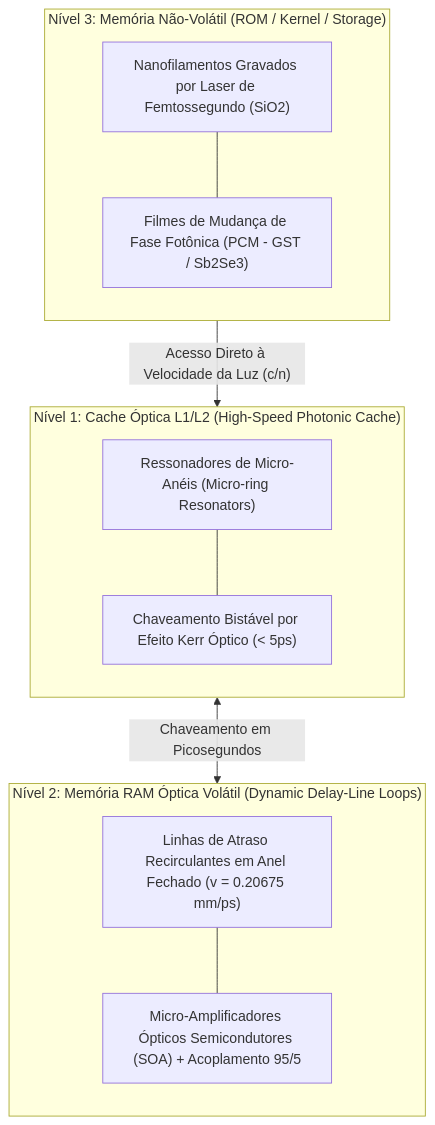
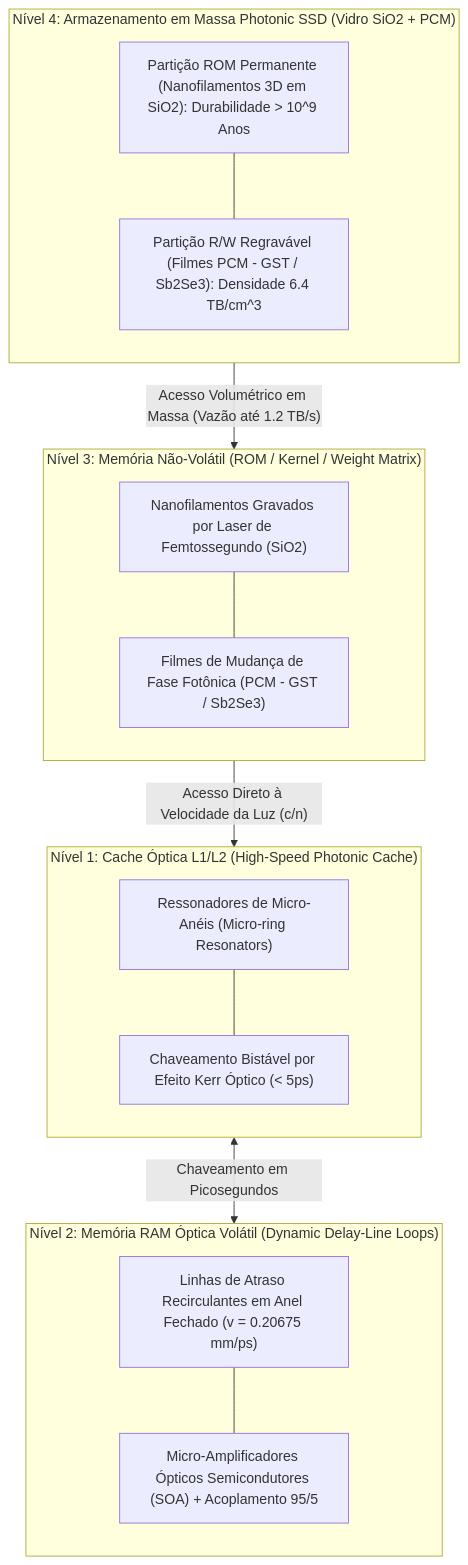
One commit to Roliveira96/SilicaCore changed the diagram in docs/architecture/04-hierarquia-de-memoria-optica.md. Above: the diagram before and after it, drawn with Mermaid. The commit also changed other lines of this file and 6 other files, not shown here.

Commit message:
feat(storage): adiciona arquitetura Photonic SSD para armazenamento em massa em vidro de sílica (Project Silica/PCM)

````diff
--- a/docs/architecture/04-hierarquia-de-memoria-optica.md
+++ b/docs/architecture/04-hierarquia-de-memoria-optica.md
@@ -7,26 +7,34 @@
 ```mermaid
 flowchart TD
-    subgraph Camada3["Nível 3: Memória Não-Volátil (ROM / Kernel / Storage)"]
+    subgraph Camada4["Nível 4: Armazenamento em Massa Photonic SSD (Vidro SiO2 + PCM)"]
+        direction TB
+        S1["Partição ROM Permanente (Nanofilamentos 3D em SiO2): Durabilidade > 10^9 Anos"]
+        S2["Partição R/W Regravável (Filmes PCM - GST / Sb2Se3): Densidade 6.4 TB/cm^3"]
+        S1 --- S2
+    end
+
+    subgraph Camada3["Nível 3: Memória Não-Volátil (ROM / Kernel / Weight Matrix)"]
         direction TB
         N1["Nanofilamentos Gravados por Laser de Femtossegundo (SiO2)"]
         N2["Filmes de Mudança de Fase Fotônica (PCM - GST / Sb2Se3)"]
         N1 --- N2
     end
 
     subgraph Camada2["Nível 2: Memória RAM Óptica Volátil (Dynamic Delay-Line Loops)"]
         direction TB
         R1["Linhas de Atraso Recirculantes em Anel Fechado (v = 0.20675 mm/ps)"]
         R2["Micro-Amplificadores Ópticos Semicondutores (SOA) + Acoplamento 95/5"]
         R1 --- R2
     end
 
     subgraph Camada1["Nível 1: Cache Óptica L1/L2 (High-Speed Photonic Cache)"]
         direction TB
         C1["Ressonadores de Micro-Anéis (Micro-ring Resonators)"]
         C2["Chaveamento Bistável por Efeito Kerr Óptico (< 5ps)"]
         C1 --- C2
     end
 
+    Camada4 -- "Acesso Volumétrico em Massa (Vazão até 1.2 TB/s)" --> Camada3
     Camada3 -- "Acesso Direto à Velocidade da Luz (c/n)" --> Camada1
     Camada1 <--> |"Chaveamento em Picosegundos"| Camada2
 ```
````
